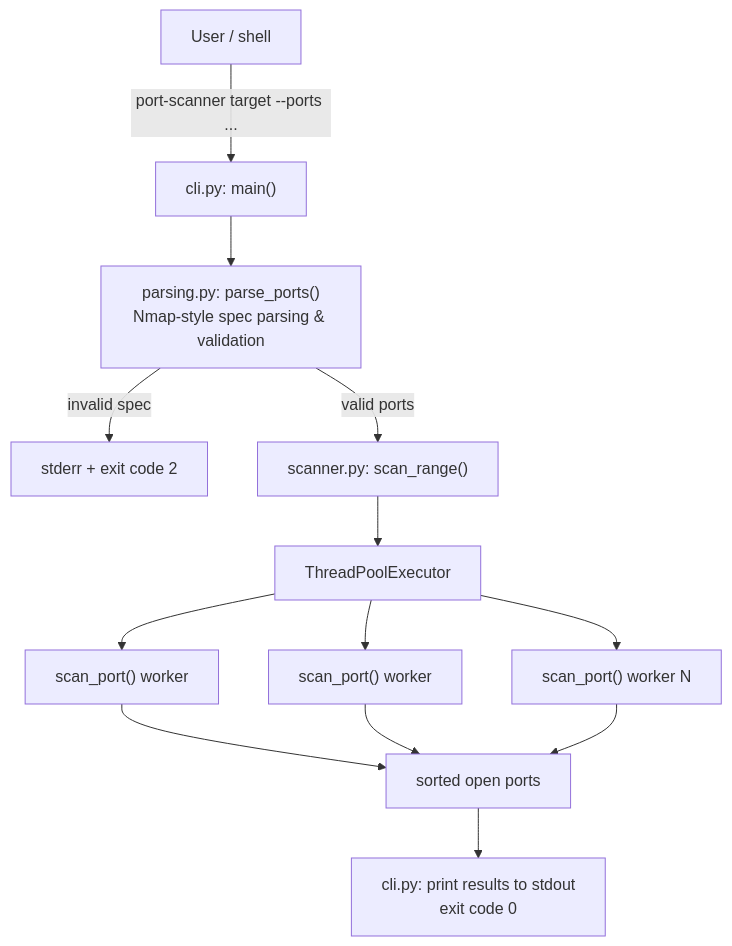
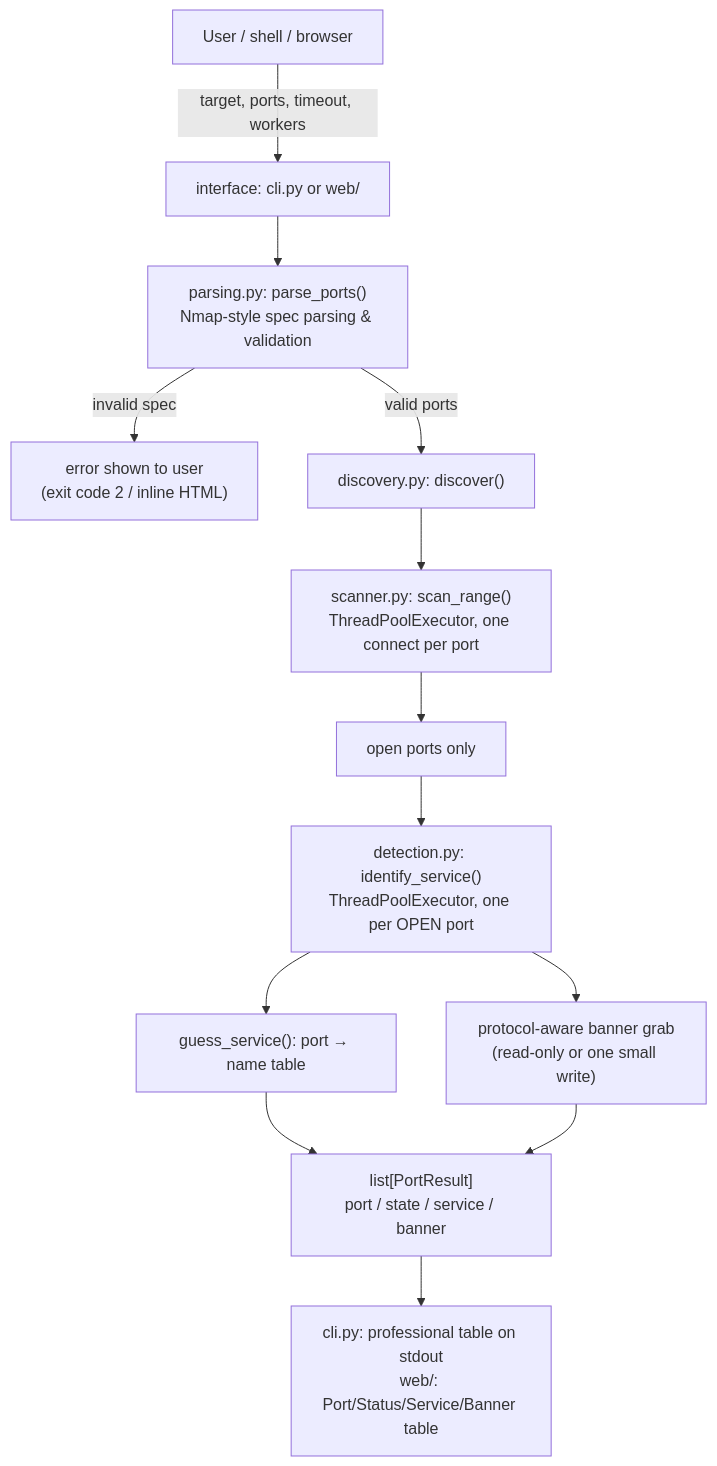
One commit to MahmoudElrefaie-Eng/python-port-scanner changed the diagram in ARCHITECTURE.md. Above: the diagram before and after it, drawn with Mermaid. The commit also changed other lines of this file and 16 other files, not shown here.

First line of the commit message:
feat: add service detection and banner grabbing (Milestone 3)

````diff
--- a/ARCHITECTURE.md
+++ b/ARCHITECTURE.md
@@ -25,15 +36,15 @@
 ```mermaid
 flowchart TD
-    A[User / shell] -->|"port-scanner target --ports ..."| B["cli.py: main()"]
+    A[User / shell / browser] -->|"target, ports, timeout, workers"| B["interface: cli.py or web/"]
     B --> C["parsing.py: parse_ports()<br/>Nmap-style spec parsing & validation"]
-    C -->|invalid spec| X["stderr + exit code 2"]
-    C -->|valid ports| D["scanner.py: scan_range()"]
-    D --> E["ThreadPoolExecutor"]
-    E --> F1["scan_port() worker"]
-    E --> F2["scan_port() worker"]
-    E --> F3["scan_port() worker N"]
-    F1 --> G["sorted open ports"]
-    F2 --> G
-    F3 --> G
-    G --> H["cli.py: print results to stdout<br/>exit code 0"]
+    C -->|invalid spec| X["error shown to user<br/>(exit code 2 / inline HTML)"]
+    C -->|valid ports| D["discovery.py: discover()"]
+    D --> E["scanner.py: scan_range()<br/>ThreadPoolExecutor, one connect per port"]
+    E --> F["open ports only"]
+    F --> G["detection.py: identify_service()<br/>ThreadPoolExecutor, one per OPEN port"]
+    G --> G1["guess_service(): port &rarr; name table"]
+    G --> G2["protocol-aware banner grab<br/>(read-only or one small write)"]
+    G1 --> H["list[PortResult]<br/>port / state / service / banner"]
+    G2 --> H
+    H --> I["cli.py: professional table on stdout<br/>web/: Port/Status/Service/Banner table"]
 ```
````
